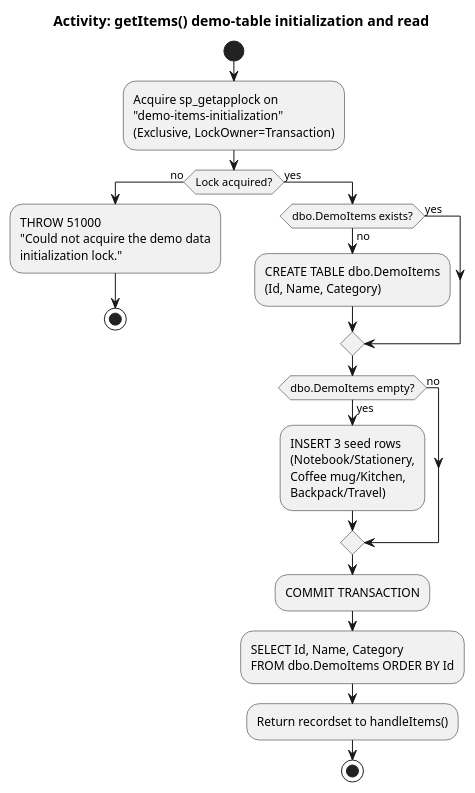
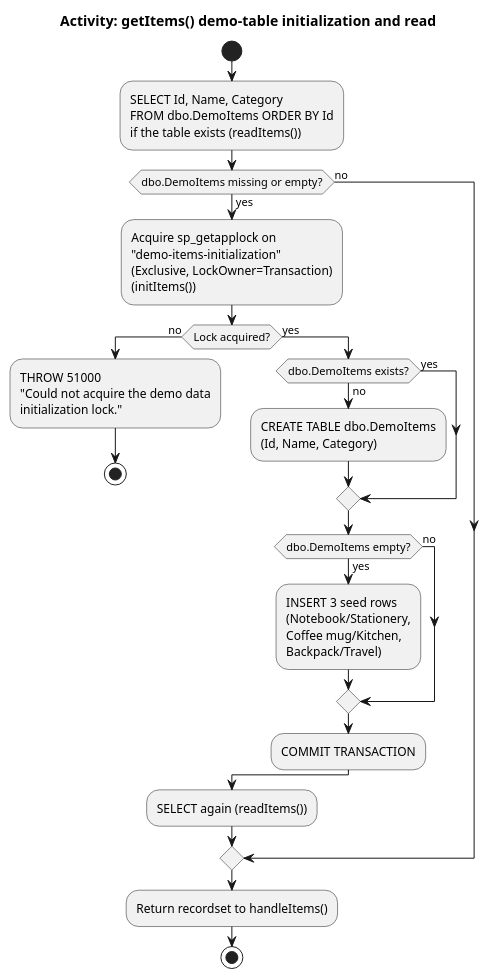
Before and after one commit to wolffy-au/frictionless-sample-azure: the diagram in uml/behavior/9-activity.puml, drawn with PlantUML. The commit also changed 13 other files, not shown here.

First line of the commit message:
docs(uml): show the read-first demo-items flow

```diff
--- a/uml/behavior/9-activity.puml
+++ b/uml/behavior/9-activity.puml
@@ -1,24 +1,28 @@
 @startuml
 title Activity: getItems() demo-table initialization and read
 
 start
-:Acquire sp_getapplock on\n"demo-items-initialization"\n(Exclusive, LockOwner=Transaction);
-if (Lock acquired?) then (no)
-  :THROW 51000\n"Could not acquire the demo data\ninitialization lock.";
-  stop
-else (yes)
-  if (dbo.DemoItems exists?) then (no)
-    :CREATE TABLE dbo.DemoItems\n(Id, Name, Category);
+:SELECT Id, Name, Category\nFROM dbo.DemoItems ORDER BY Id\nif the table exists (readItems());
+if (dbo.DemoItems missing or empty?) then (yes)
+  :Acquire sp_getapplock on\n"demo-items-initialization"\n(Exclusive, LockOwner=Transaction)\n(initItems());
+  if (Lock acquired?) then (no)
+    :THROW 51000\n"Could not acquire the demo data\ninitialization lock.";
+    stop
   else (yes)
+    if (dbo.DemoItems exists?) then (no)
+      :CREATE TABLE dbo.DemoItems\n(Id, Name, Category);
+    else (yes)
+    endif
+    if (dbo.DemoItems empty?) then (yes)
+      :INSERT 3 seed rows\n(Notebook/Stationery,\nCoffee mug/Kitchen,\nBackpack/Travel);
+    else (no)
+    endif
+    :COMMIT TRANSACTION;
   endif
-  if (dbo.DemoItems empty?) then (yes)
-    :INSERT 3 seed rows\n(Notebook/Stationery,\nCoffee mug/Kitchen,\nBackpack/Travel);
-  else (no)
-  endif
-  :COMMIT TRANSACTION;
-  :SELECT Id, Name, Category\nFROM dbo.DemoItems ORDER BY Id;
-  :Return recordset to handleItems();
-  stop
+  :SELECT again (readItems());
+else (no)
 endif
+:Return recordset to handleItems();
+stop
 
 @enduml
```
